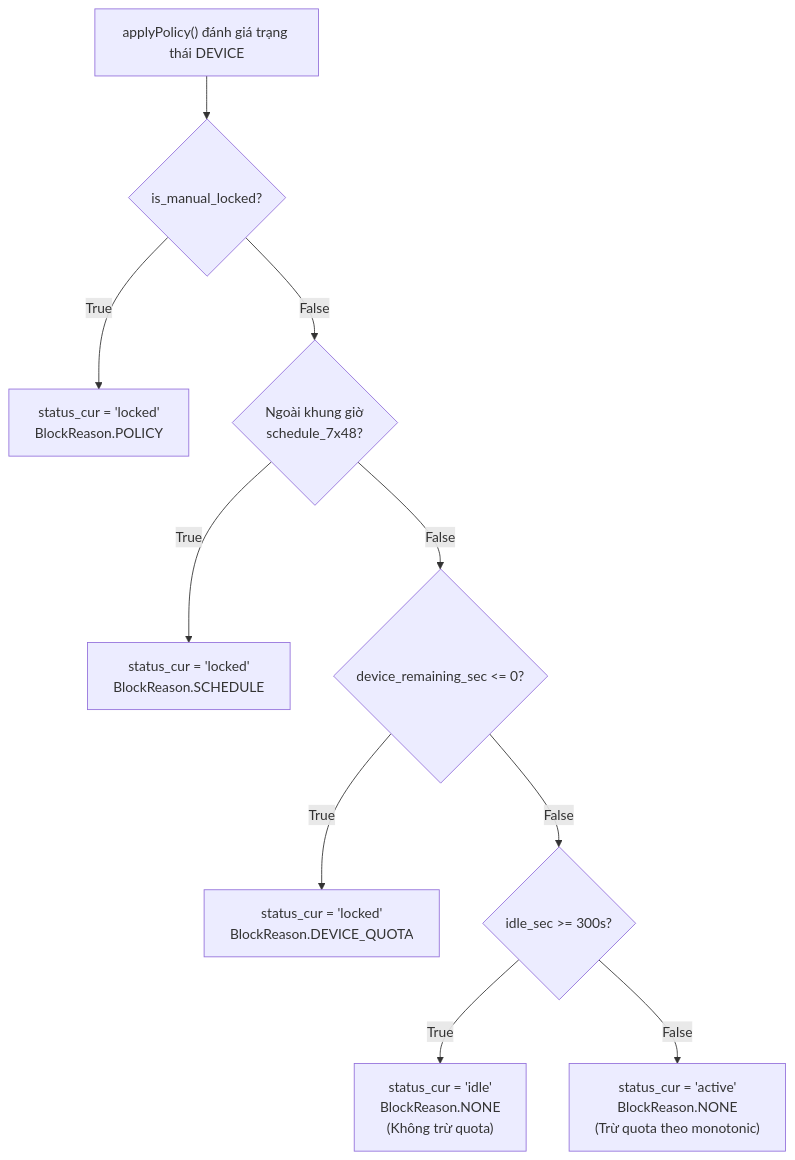
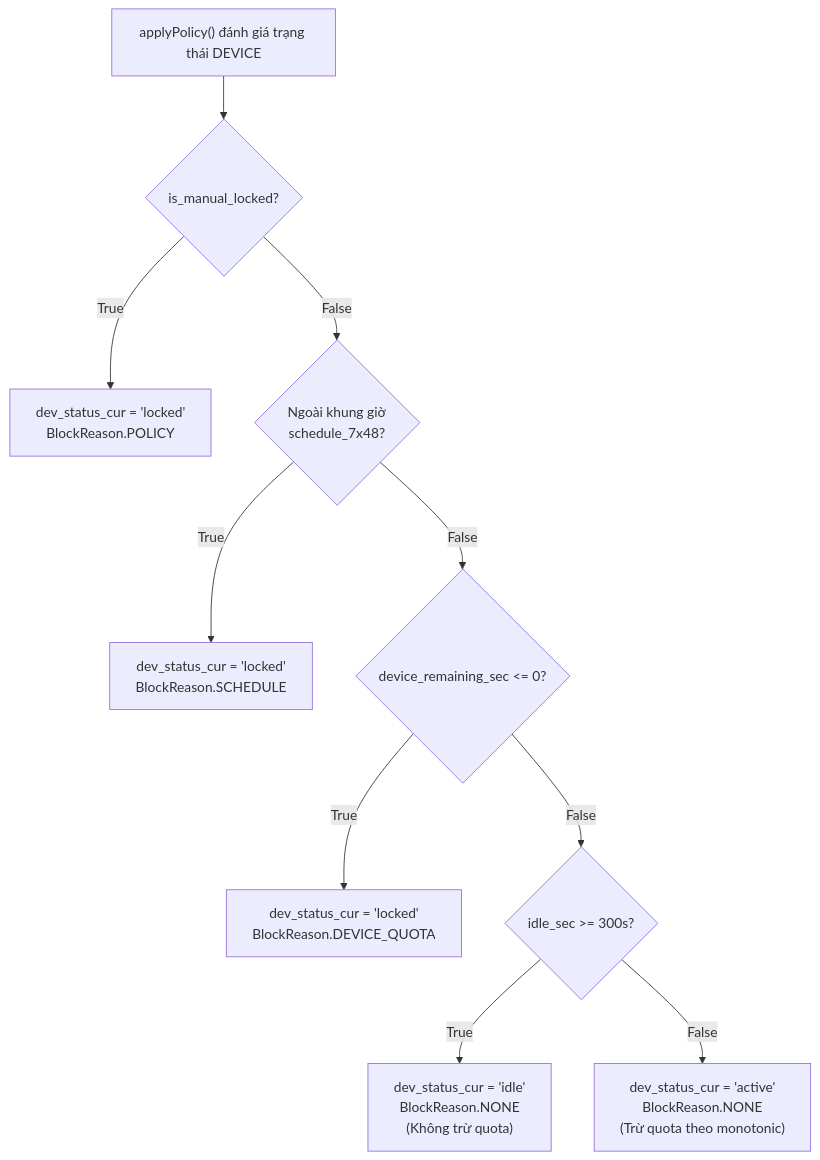
The first of 2 diagrams in docs/OGK_ENGINEERING_LEARNINGS.md (idowhatilike/Networking_Project), drawn with Mermaid before and after one commit. The commit also changed other lines of this file and 105 other files, not shown here.

````diff
--- a/docs/OGK_ENGINEERING_LEARNINGS.md
+++ b/docs/OGK_ENGINEERING_LEARNINGS.md
@@ -102,12 +104,12 @@
 ```mermaid
 flowchart TD
     A["applyPolicy() đánh giá trạng thái DEVICE"] --> B{"is_manual_locked?"}
-    B -- "True" --> L1["status_cur = 'locked'<br/>BlockReason.POLICY"]
+    B -- "True" --> L1["dev_status_cur = 'locked'<br/>BlockReason.POLICY"]
     B -- "False" --> C{"Ngoài khung giờ<br/>schedule_7x48?"}
-    C -- "True" --> L2["status_cur = 'locked'<br/>BlockReason.SCHEDULE"]
+    C -- "True" --> L2["dev_status_cur = 'locked'<br/>BlockReason.SCHEDULE"]
     C -- "False" --> D{"device_remaining_sec <= 0?"}
-    D -- "True" --> L3["status_cur = 'locked'<br/>BlockReason.DEVICE_QUOTA"]
+    D -- "True" --> L3["dev_status_cur = 'locked'<br/>BlockReason.DEVICE_QUOTA"]
     D -- "False" --> E{"idle_sec >= 300s?"}
-    E -- "True" --> I["status_cur = 'idle'<br/>BlockReason.NONE<br/>(Không trừ quota)"]
-    E -- "False" --> ACT["status_cur = 'active'<br/>BlockReason.NONE<br/>(Trừ quota theo monotonic)"]
+    E -- "True" --> I["dev_status_cur = 'idle'<br/>BlockReason.NONE<br/>(Không trừ quota)"]
+    E -- "False" --> ACT["dev_status_cur = 'active'<br/>BlockReason.NONE<br/>(Trừ quota theo monotonic)"]
 ```
````
